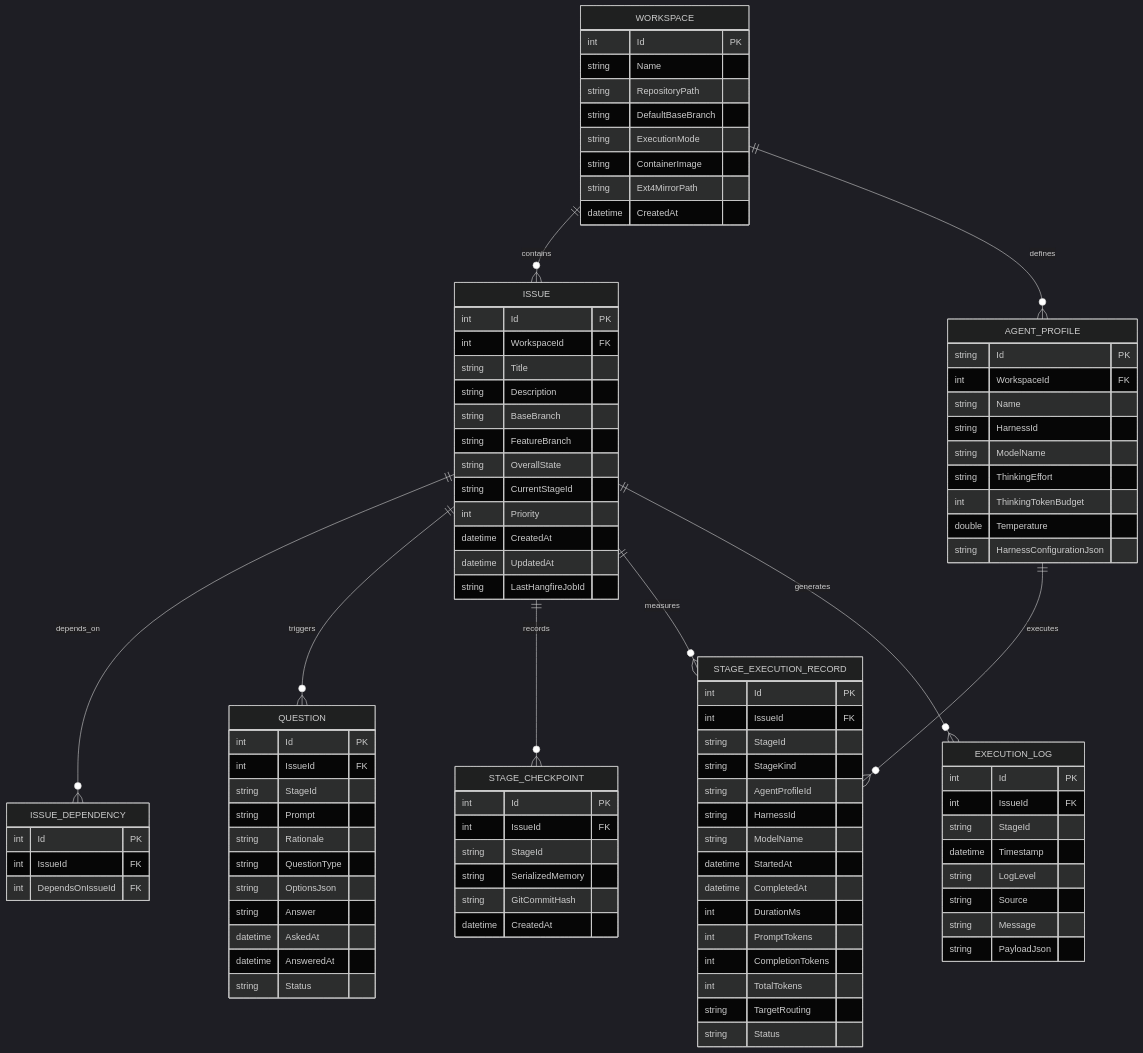
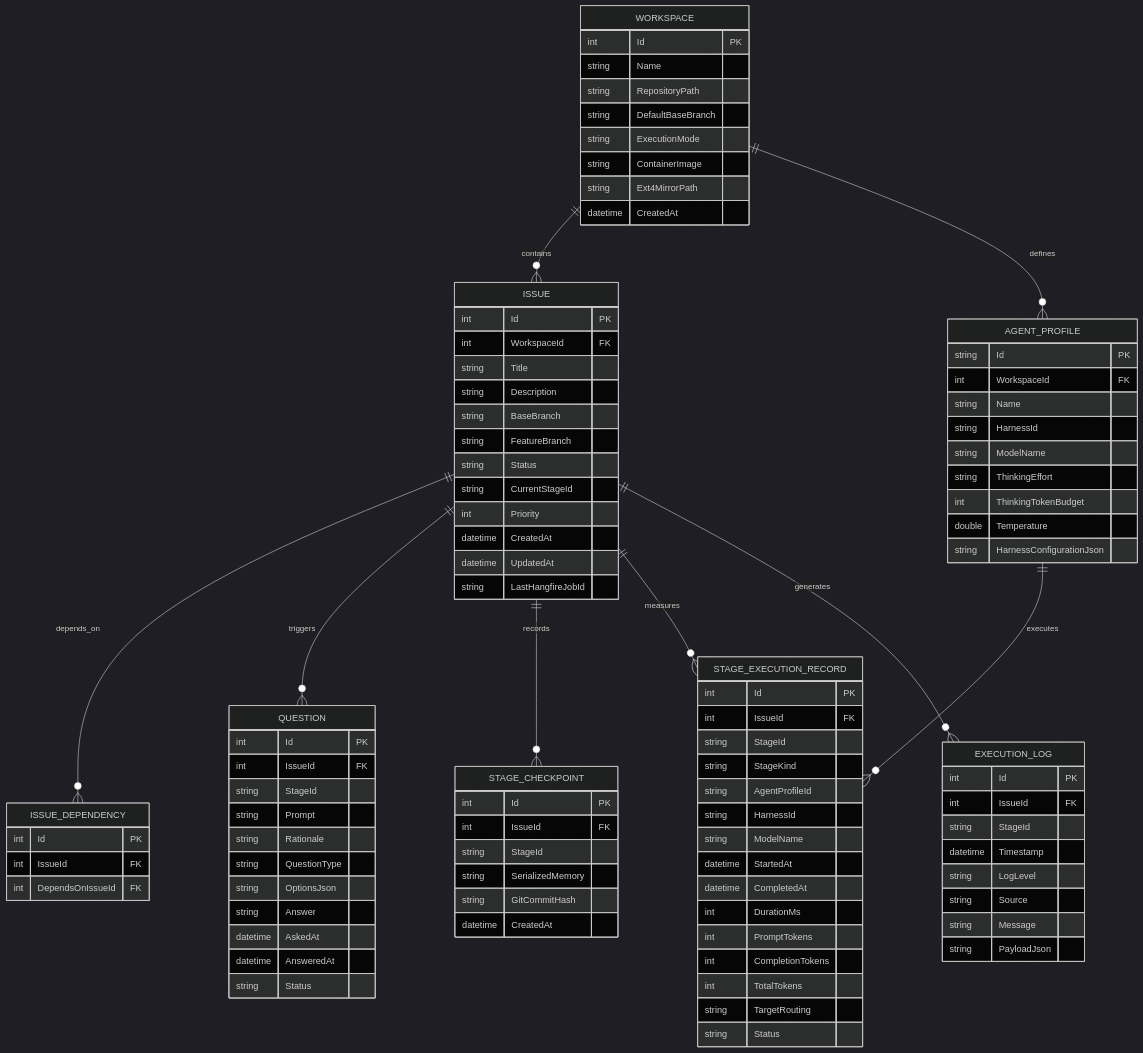
Diagram 15 of 18 in docs/ARCHITECTURE.md (jetelain/NightCodeForge), drawn with Mermaid (dark theme) before and after one commit. The commit also changed other lines of this file and 4 other files, not shown here.

```diff
--- a/docs/ARCHITECTURE.md
+++ b/docs/ARCHITECTURE.md
@@ -907,7 +978,7 @@
         string Description
         string BaseBranch
         string FeatureBranch
-        string OverallState
+        string Status
         string CurrentStageId
         int Priority
         datetime CreatedAt
```
